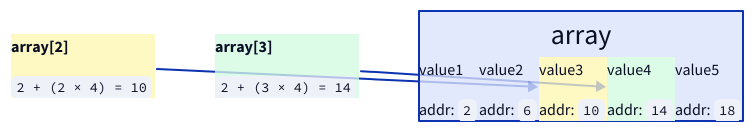
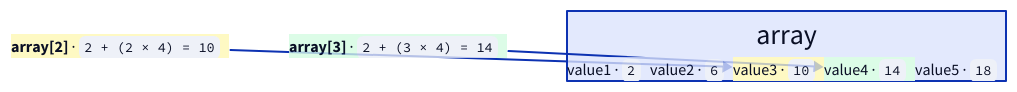
Diagram 17 of 19 in src/computer-science/DSA/data-structures/1.arrays/01-introduction.md (ani2fun/note-book), drawn with D2 before and after one commit. The commit also changed other lines of this file, not shown here.

````diff
--- a/src/computer-science/DSA/data-structures/1.arrays/01-introduction.md
+++ b/src/computer-science/DSA/data-structures/1.arrays/01-introduction.md
@@ -1043,46 +963,32 @@
 ```d2
 c2: |md
-  **array[2]**
-
-  `2 + (2 × 4) = 10`
+  **array[2]** · `2 + (2 × 4) = 10`
 | {style.fill: "#fef9c3"; style.stroke: "#d97706"}
 
 c3: |md
-  **array[3]**
-
-  `2 + (3 × 4) = 14`
+  **array[3]** · `2 + (3 × 4) = 14`
 | {style.fill: "#dcfce7"; style.stroke: "#16a34a"}
 
 arr: array {
   grid-columns: 5
   grid-gap: 0
   e0: |md
-    value1
-
-    addr: `2`
+    value1 · `2`
   |
   e1: |md
-    value2
-
-    addr: `6`
+    value2 · `6`
   |
   e2: |md
-    value3
-
-    addr: `10`
+    value3 · `10`
   | {style.fill: "#fef9c3"; style.stroke: "#d97706"}
   e3: |md
-    value4
-
-    addr: `14`
+    value4 · `14`
   | {style.fill: "#dcfce7"; style.stroke: "#16a34a"}
   e4: |md
-    value5
-
-    addr: `18`
+    value5 · `18`
   |
 }
 
 c2 -> arr.e2
 c3 -> arr.e3
 ```
````
